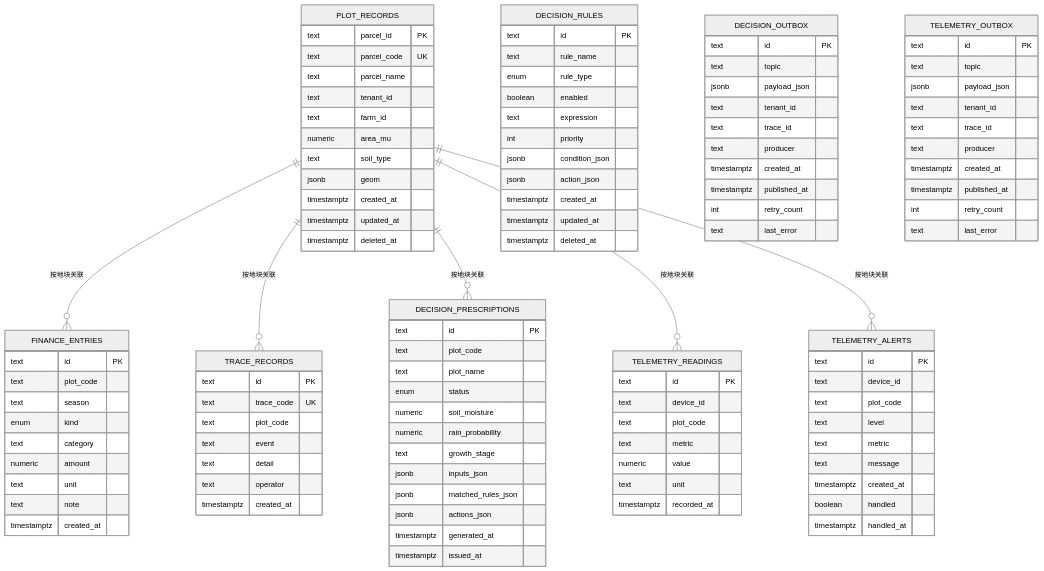
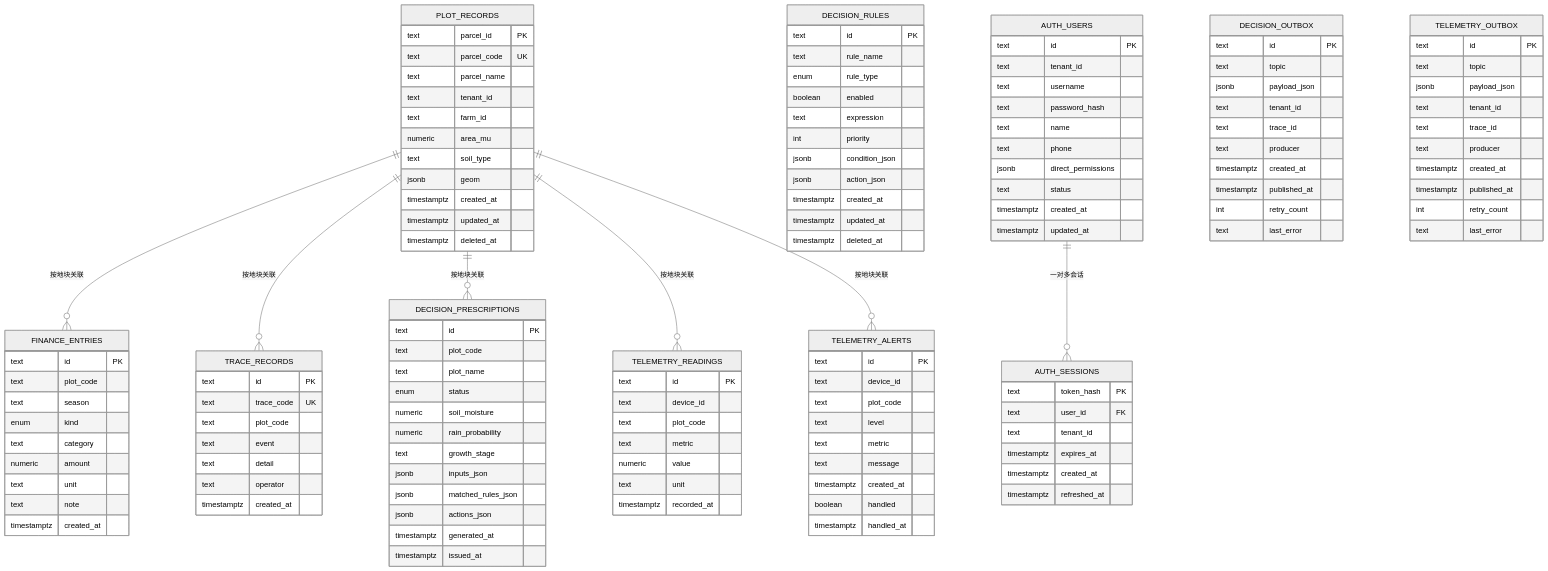
Before and after one commit to q446328246/agri-platform: the third of 8 diagrams in .qoder/repowiki/zh/content/数据库设计/数据库设计.md, drawn with Mermaid (neutral theme). The commit also changed other lines of this file and 110 other files, not shown here.

````diff
--- a/.qoder/repowiki/zh/content/数据库设计/数据库设计.md
+++ b/.qoder/repowiki/zh/content/数据库设计/数据库设计.md
@@ -210,6 +237,26 @@
 boolean handled
 timestamptz handled_at
 }
+AUTH_USERS {
+text id PK
+text tenant_id
+text username
+text password_hash
+text name
+text phone
+jsonb direct_permissions
+text status
+timestamptz created_at
+timestamptz updated_at
+}
+AUTH_SESSIONS {
+text token_hash PK
+text user_id FK
+text tenant_id
+timestamptz expires_at
+timestamptz created_at
+timestamptz refreshed_at
+}
 DECISION_OUTBOX {
 text id PK
 text topic
@@ -239,4 +286,5 @@
 PLOT_RECORDS ||--o{ DECISION_PRESCRIPTIONS : "按地块关联"
 PLOT_RECORDS ||--o{ TELEMETRY_READINGS : "按地块关联"
 PLOT_RECORDS ||--o{ TELEMETRY_ALERTS : "按地块关联"
+AUTH_USERS ||--o{ AUTH_SESSIONS : "一对多会话"
 ```
````
